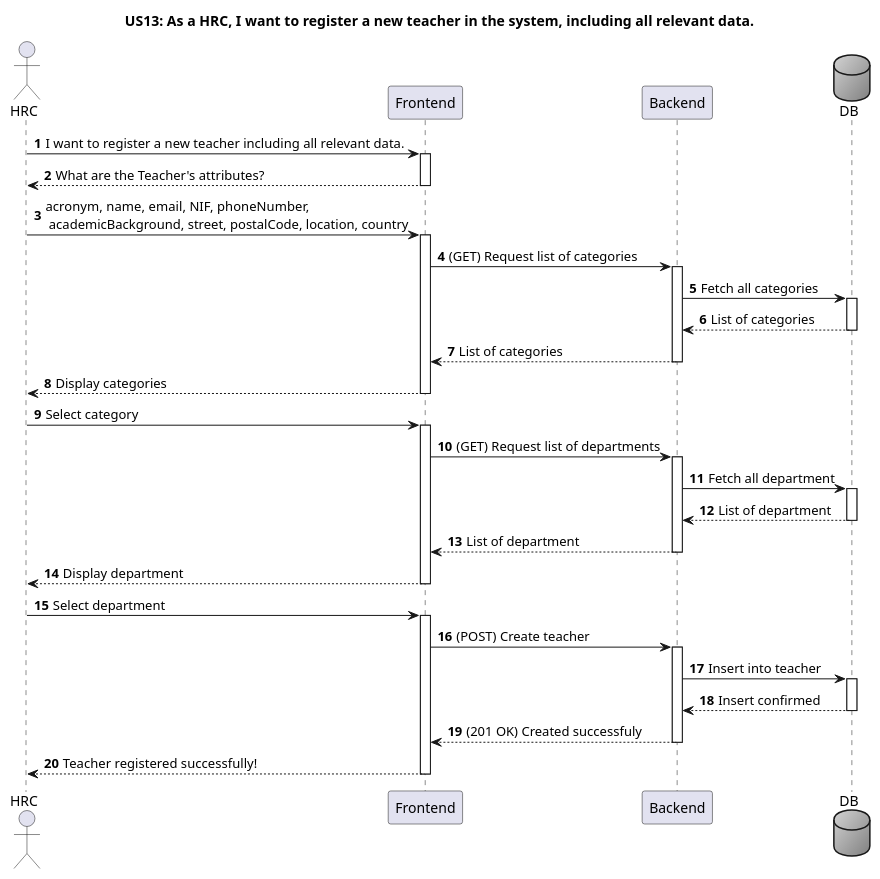
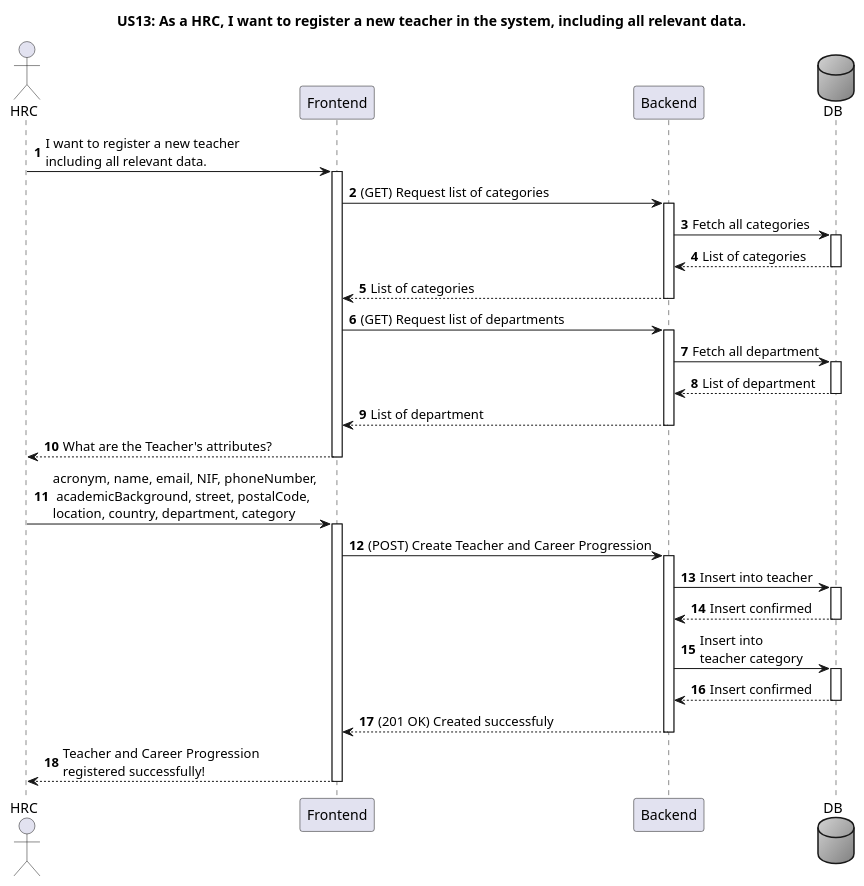
Before and after one commit to GasparISEP/DevOps-PAI: the diagram in docs/US13/Sprint6/ProcessView/Level2.puml, drawn with PlantUML. The commit also changed 3 other files, not shown here.

Commit message:
ref #500 update diagrams for teacher with relevant data and student

```diff
--- a/docs/US13/Sprint6/ProcessView/Level2.puml
+++ b/docs/US13/Sprint6/ProcessView/Level2.puml
@@ -1,36 +1,40 @@
 @startuml
 autonumber
 
 title US13: As a HRC, I want to register a new teacher in the system, including all relevant data.
 
 actor HRC
 participant "Frontend" as FE
 participant "Backend" as BE
 database DB #lightgray/gray
 
-HRC -> FE ++: I want to register a new teacher including all relevant data.
-FE --> HRC --: What are the Teacher's attributes?
+HRC -> FE ++: I want to register a new teacher\nincluding all relevant data.
 
-HRC -> FE ++: acronym, name, email, NIF, phoneNumber, \n academicBackground, street, postalCode, location, country
 FE -> BE ++: (GET) Request list of categories
 BE -> DB ++: Fetch all categories
 DB --> BE --: List of categories
 BE --> FE --: List of categories
-FE --> HRC --: Display categories
 
-HRC -> FE ++: Select category
 FE -> BE ++: (GET) Request list of departments
 BE -> DB ++: Fetch all department
 DB --> BE --: List of department
 BE --> FE --: List of department
-FE --> HRC --: Display department
 
-HRC -> FE ++: Select department
+FE --> HRC --: What are the Teacher's attributes?
 
-FE -> BE ++: (POST) Create teacher
+HRC -> FE ++: acronym, name, email, NIF, phoneNumber, \n academicBackground, street, postalCode,\nlocation, country, department, category
+
+
+
+FE -> BE ++: (POST) Create Teacher and Career Progression
+
 BE -> DB ++: Insert into teacher
 DB --> BE --: Insert confirmed
+
+BE -> DB ++: Insert into\nteacher category
+DB --> BE --: Insert confirmed
+
 BE --> FE --: (201 OK) Created successfuly
-FE --> HRC --: Teacher registered successfully!
+FE --> HRC --: Teacher and Career Progression\nregistered successfully!
 
 @enduml
```
